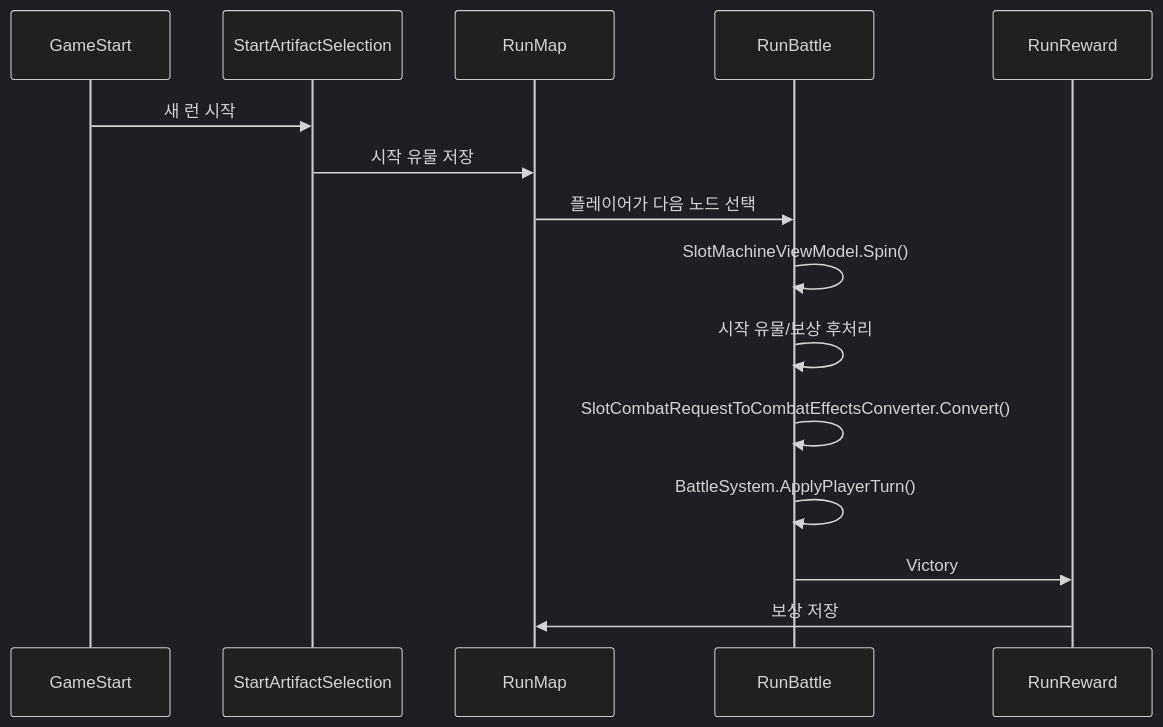
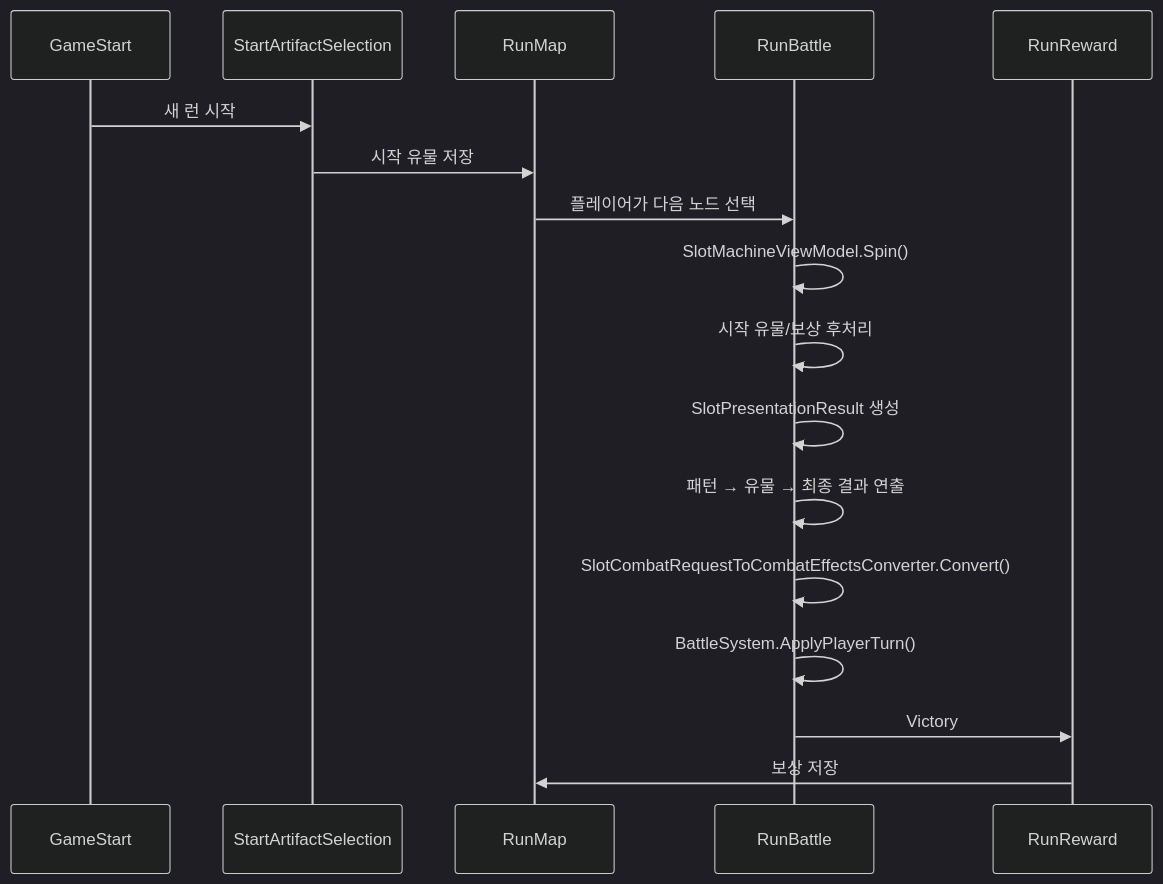
The diagram in docs/design-docs/game-flow.md (YooKyubin/SlotRogue), drawn with Mermaid (dark theme) before and after one commit. The commit also changed other lines of this file and 169 other files, not shown here.

````diff
--- a/docs/design-docs/game-flow.md
+++ b/docs/design-docs/game-flow.md
@@ -37,17 +38,19 @@
 ```mermaid
 sequenceDiagram
     participant Start as GameStart
     participant Artifact as StartArtifactSelection
     participant Map as RunMap
     participant Battle as RunBattle
     participant Reward as RunReward
     Start->>Artifact: 새 런 시작
     Artifact->>Map: 시작 유물 저장
     Map->>Battle: 플레이어가 다음 노드 선택
     Battle->>Battle: SlotMachineViewModel.Spin()
     Battle->>Battle: 시작 유물/보상 후처리
+    Battle->>Battle: SlotPresentationResult 생성
+    Battle->>Battle: 패턴 → 유물 → 최종 결과 연출
     Battle->>Battle: SlotCombatRequestToCombatEffectsConverter.Convert()
     Battle->>Battle: BattleSystem.ApplyPlayerTurn()
     Battle->>Reward: Victory
     Reward->>Map: 보상 저장
 ```
````
